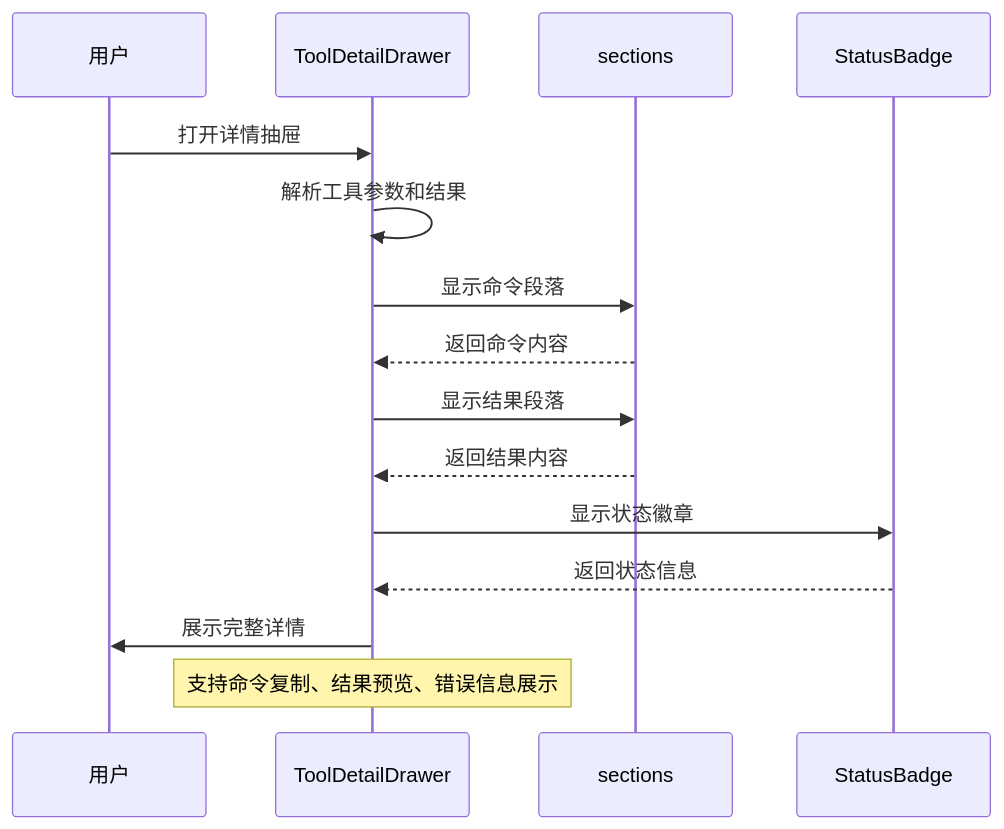
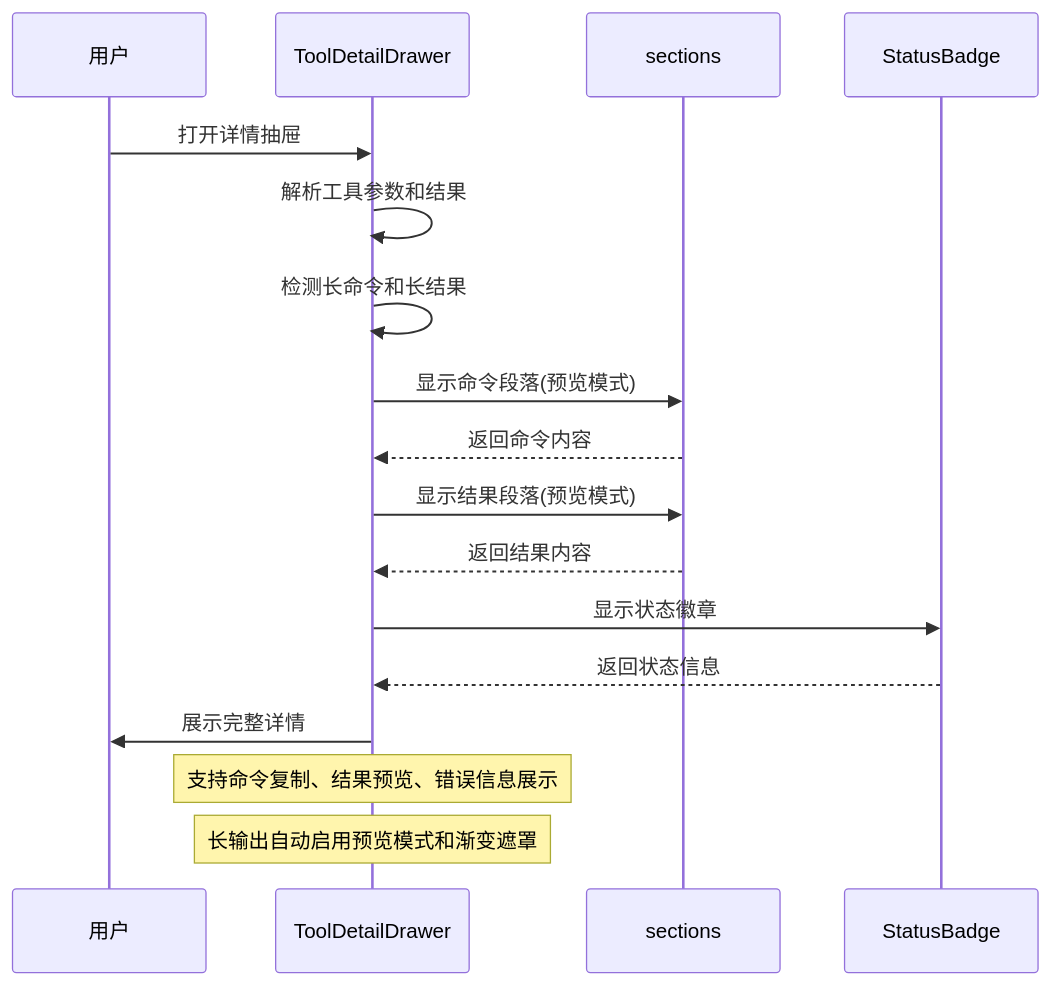
The fifth of 16 diagrams in .qoder/repowiki/zh/content/Web界面/UI组件系统/工具UI组件/工具UI组件.md (verse-ai-org/openclaw), drawn with Mermaid before and after one commit. The commit also changed other lines of this file and 11 other files, not shown here.

````diff
--- a/.qoder/repowiki/zh/content/Web界面/UI组件系统/工具UI组件/工具UI组件.md
+++ b/.qoder/repowiki/zh/content/Web界面/UI组件系统/工具UI组件/工具UI组件.md
@@ -459,17 +467,19 @@
 ```mermaid
 sequenceDiagram
 participant U as 用户
 participant DD as ToolDetailDrawer
 participant SE as sections
 participant SB as StatusBadge
 U->>DD : 打开详情抽屉
 DD->>DD : 解析工具参数和结果
-DD->>SE : 显示命令段落
+DD->>DD : 检测长命令和长结果
+DD->>SE : 显示命令段落(预览模式)
 SE-->>DD : 返回命令内容
-DD->>SE : 显示结果段落
+DD->>SE : 显示结果段落(预览模式)
 SE-->>DD : 返回结果内容
 DD->>SB : 显示状态徽章
 SB-->>DD : 返回状态信息
 DD->>U : 展示完整详情
 Note over DD : 支持命令复制、结果预览、错误信息展示
+Note over DD : 长输出自动启用预览模式和渐变遮罩
 ```
````
